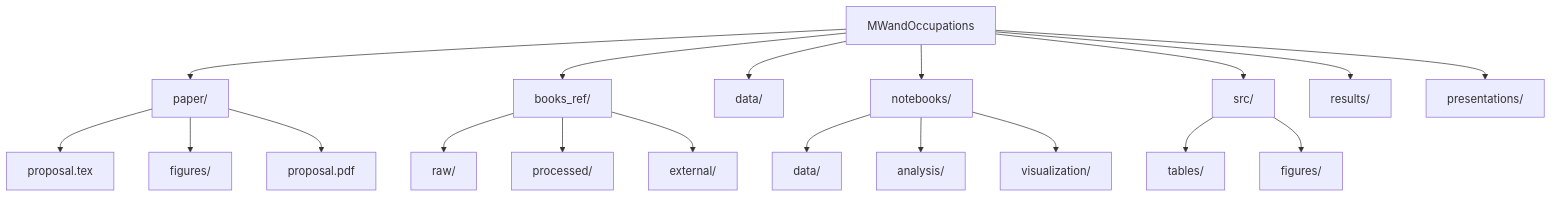
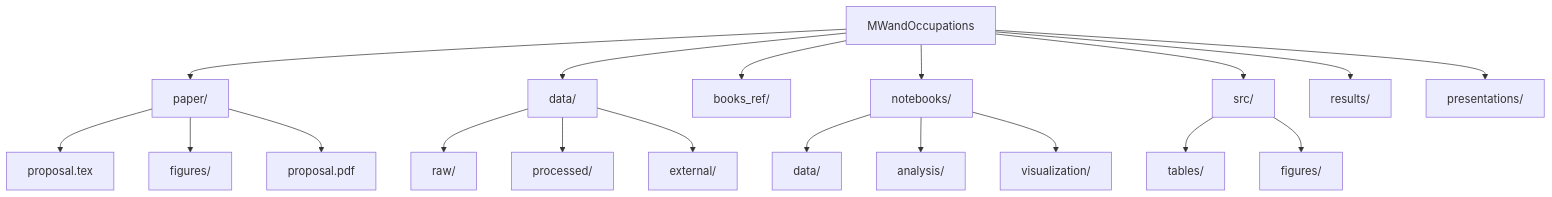
One commit to AlbertLeo1/MWandOccupations changed the diagram in README.md. Above: the diagram before and after it, drawn with Mermaid.

Commit message:
Reorder project structure in README

````diff
--- a/README.md
+++ b/README.md
@@ -19,25 +19,25 @@
 ```mermaid
 flowchart TD
     A[MWandOccupations] --> B[paper/]
-    A --> C[books_ref/]
-    A --> D[data/]
+    A --> C[data/] 
+    A --> D[books_ref/]
     A --> E[notebooks/]
     A --> F[src/]
     A --> G[results/]
     A --> H[presentations/]
     
     B --> B1[proposal.tex]
     B --> B2[figures/]
     B --> B3[proposal.pdf]
     
     C --> C1[raw/]
     C --> C2[processed/]
     C --> C3[external/]
     
     E --> E1[data/]
     E --> E2[analysis/]
     E --> E3[visualization/]
     
     F --> F1[tables/]
     F --> F2[figures/]
 ```
````
